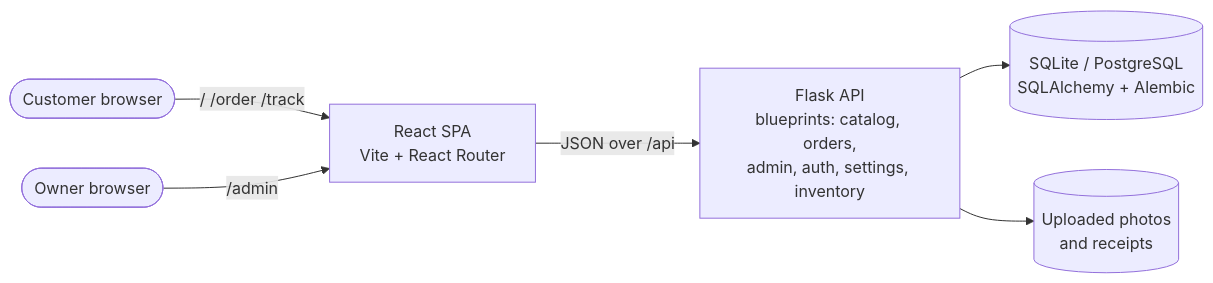
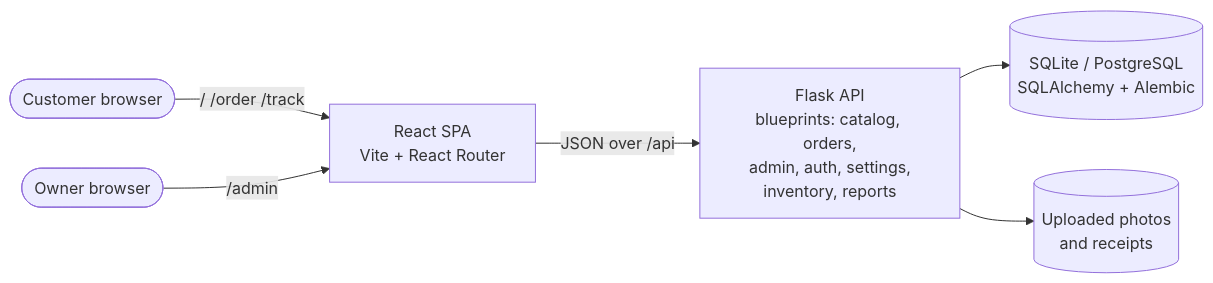
The diagram in README.md (sumaia-ahmad/deniz-candles), drawn with Mermaid before and after one commit. The commit also changed other lines of this file and 11 other files, not shown here.

````diff
--- a/README.md
+++ b/README.md
@@ -47,8 +49,8 @@
 ```mermaid
 flowchart LR
     Customer([Customer browser]) -->|/ /order /track| React
     Owner([Owner browser]) -->|/admin| React
     React[React SPA<br/>Vite + React Router] -->|JSON over /api| Flask
-    Flask[Flask API<br/>blueprints: catalog, orders,<br/>admin, auth, settings, inventory] --> DB[(SQLite / PostgreSQL<br/>SQLAlchemy + Alembic)]
+    Flask[Flask API<br/>blueprints: catalog, orders,<br/>admin, auth, settings,<br/>inventory, reports] --> DB[(SQLite / PostgreSQL<br/>SQLAlchemy + Alembic)]
     Flask --> Files[(Uploaded photos<br/>and receipts)]
 ```
````
